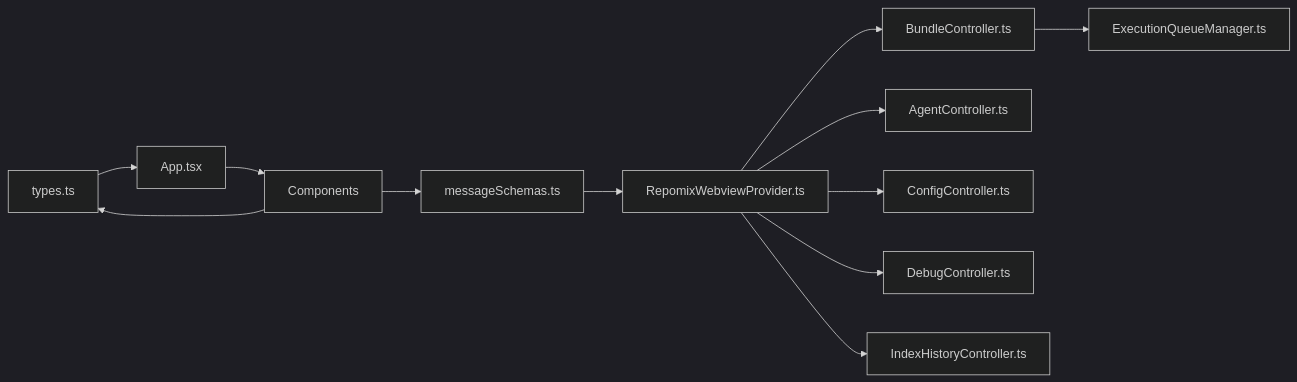
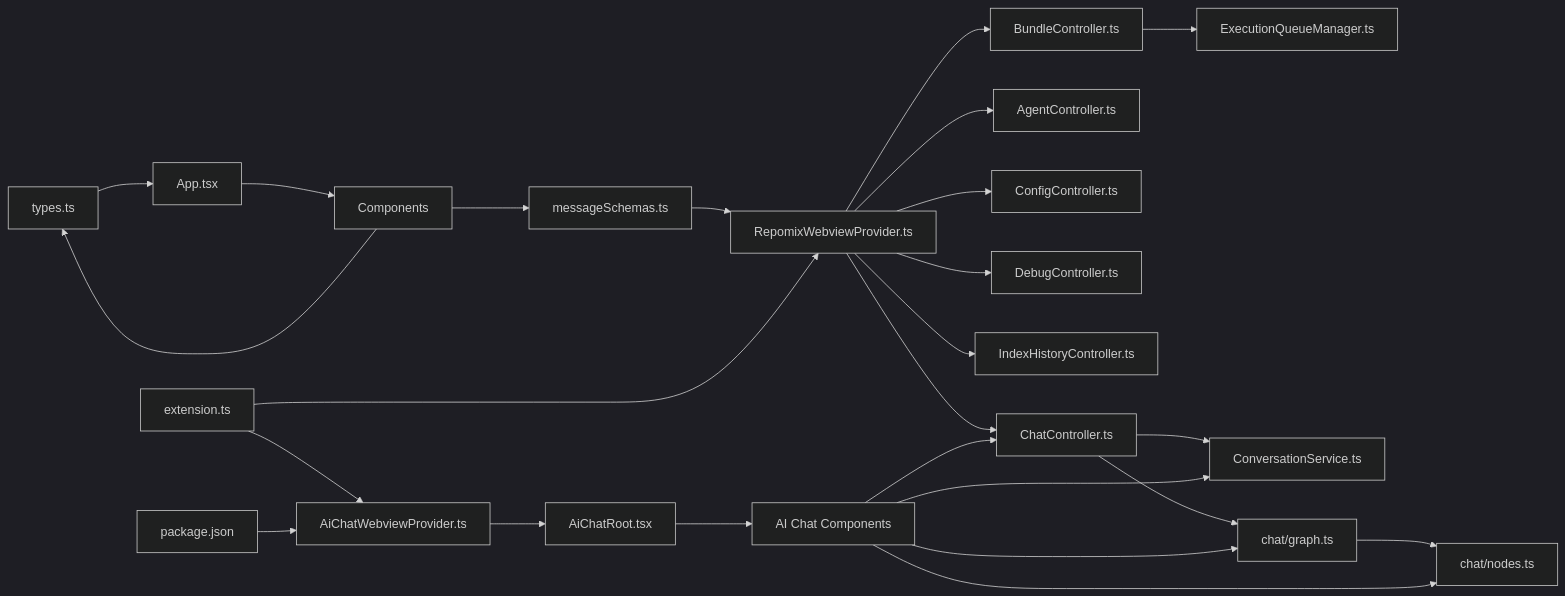
The tenth of 10 diagrams in .qoder/repowiki/en/content/Webview Interface/Webview Interface.md (bramburn/repomix-runner), drawn with Mermaid (dark theme) before and after one commit. The commit also changed other lines of this file and 19 other files, not shown here.

````diff
--- a/.qoder/repowiki/en/content/Webview Interface/Webview Interface.md
+++ b/.qoder/repowiki/en/content/Webview Interface/Webview Interface.md
@@ -432,14 +680,27 @@
 ```mermaid
 graph LR
 TYPES["types.ts"] --> APP["App.tsx"]
 MS["messageSchemas.ts"] --> RPV["RepomixWebviewProvider.ts"]
 RPV --> BCTRL["BundleController.ts"]
 RPV --> ACTRL["AgentController.ts"]
 RPV --> CCTRL["ConfigController.ts"]
 RPV --> DCTRL["DebugController.ts"]
 RPV --> IHCTRL["IndexHistoryController.ts"]
+RPV --> CHCTRL["ChatController.ts"]
 BCTRL --> EQM["ExecutionQueueManager.ts"]
 APP --> COMP["Components"]
 COMP --> TYPES
 COMP --> MS
+CHCTRL --> CONV["ConversationService.ts"]
+CHCTRL --> CHATGRAPH["chat/graph.ts"]
+CHATGRAPH --> CHATNODES["chat/nodes.ts"]
+EXT["extension.ts"] --> RPV
+EXT --> AICHPROV["AiChatWebviewProvider.ts"]
+AICHPROV --> AICHROOT["AiChatRoot.tsx"]
+AICHROOT --> AICHCOMP["AI Chat Components"]
+AICHCOMP --> CHCTRL
+AICHCOMP --> CONV
+AICHCOMP --> CHATGRAPH
+AICHCOMP --> CHATNODES
+PKG["package.json"] --> AICHPROV
 ```
````
